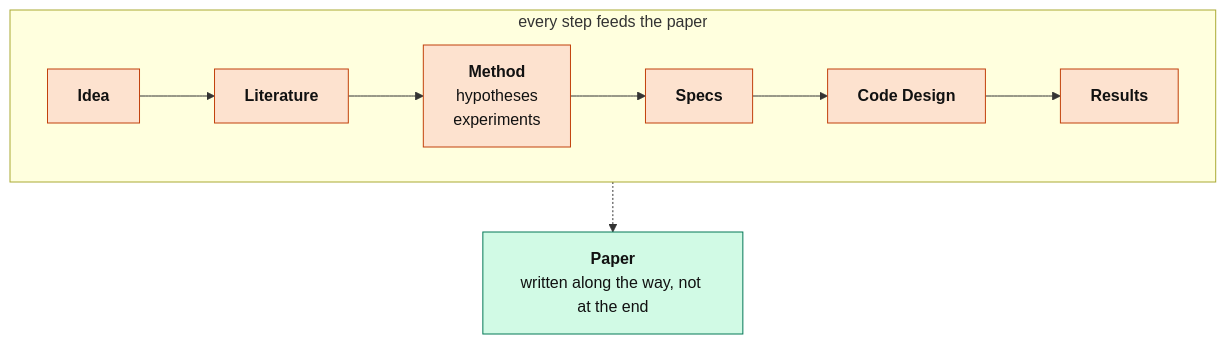
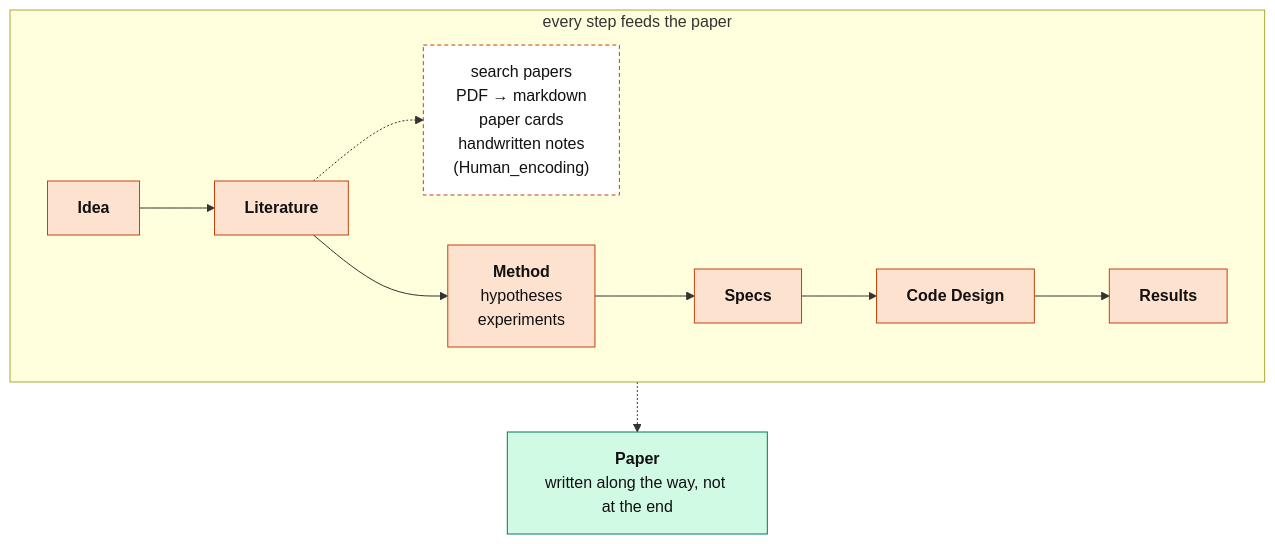
One commit to LeonardoSani/OmniFrame changed the diagram in README.md. Above: the diagram before and after it, drawn with Mermaid.

Commit message:
High-level diagram: expand Literature into search, conversion, cards and handwritten notes

````diff
--- a/README.md
+++ b/README.md
@@ -12,17 +12,20 @@
 ```mermaid
 flowchart TB
   classDef step fill:#fde2cf,stroke:#c2410c,color:#111
   classDef paper fill:#d1fae5,stroke:#047857,color:#111
+  classDef zoom fill:#fff,stroke:#c2410c,stroke-dasharray:4 3,color:#111
 
   subgraph W["every step feeds the paper"]
     direction LR
+    X["search papers<br/>PDF → markdown<br/>paper cards<br/>handwritten notes<br/>(Human_encoding)"]:::zoom
     I["<b>Idea</b>"]:::step --> L["<b>Literature</b>"]:::step
     L --> M["<b>Method</b><br/>hypotheses<br/>experiments"]:::step
     M --> S["<b>Specs</b>"]:::step
     S --> C["<b>Code Design</b>"]:::step
     C --> R["<b>Results</b>"]:::step
+    L -.-> X
   end
 
   W -.-> P
   P["<b>Paper</b><br/>written along the way, not at the end"]:::paper
 ```
````
